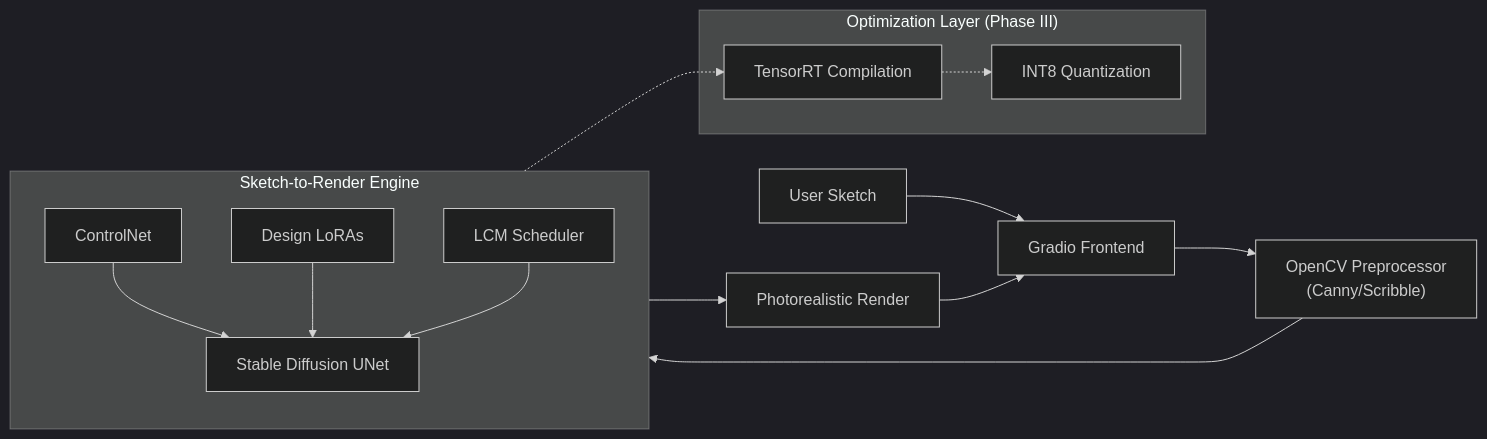
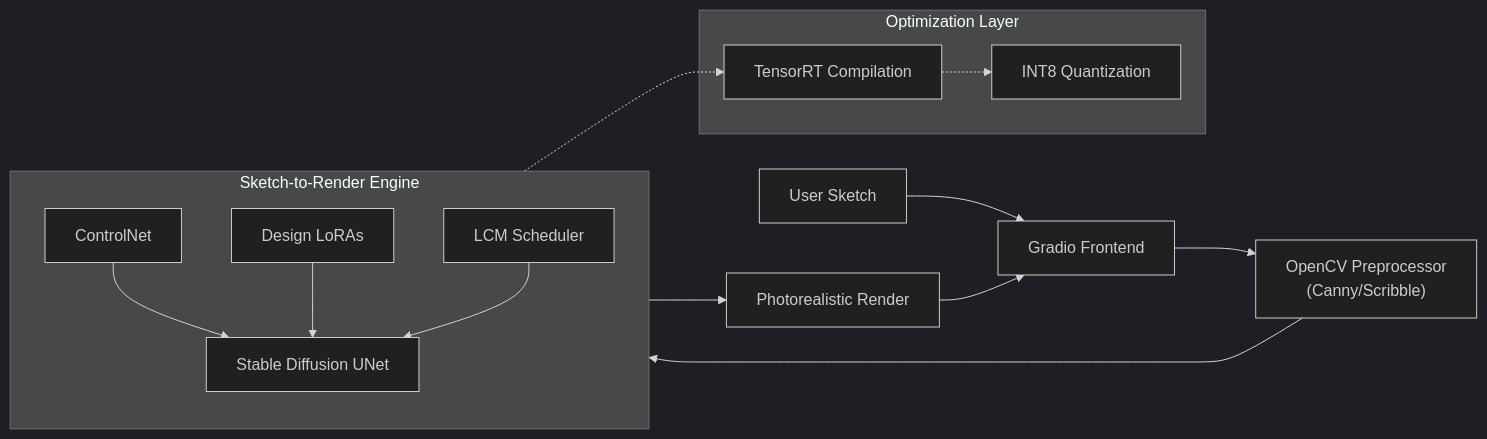
The diagram in README.md (Tekraj15/Sketch-to-Render), drawn with Mermaid (dark theme) before and after one commit. The commit also changed other lines of this file, not shown here.

Commit message:
system architecture updated

````diff
--- a/README.md
+++ b/README.md
@@ -17,29 +20,29 @@
 ```mermaid
 graph LR
     User["User Sketch"] --> UI["Gradio Frontend"]
     UI --> Prep["OpenCV Preprocessor<br/>(Canny/Scribble)"]
     Prep --> Engine["Sketch-to-Render Engine"]
     
     subgraph Engine["Sketch-to-Render Engine"]
         direction TB
         CN["ControlNet"]
         SD["Stable Diffusion UNet"]
         LoRA["Design LoRAs"]
         LCM["LCM Scheduler"]
         
         CN --> SD
         LoRA --> SD
         LCM --> SD
     end
     
     Engine --> Output["Photorealistic Render"]
     Output --> UI
     
-    subgraph "Optimization Layer (Phase III)"
+    subgraph "Optimization Layer"
         TRT["TensorRT Compilation"]
         Quant["INT8 Quantization"]
     end
     
     SD -.-> TRT
     TRT -.-> Quant
 ```
````
